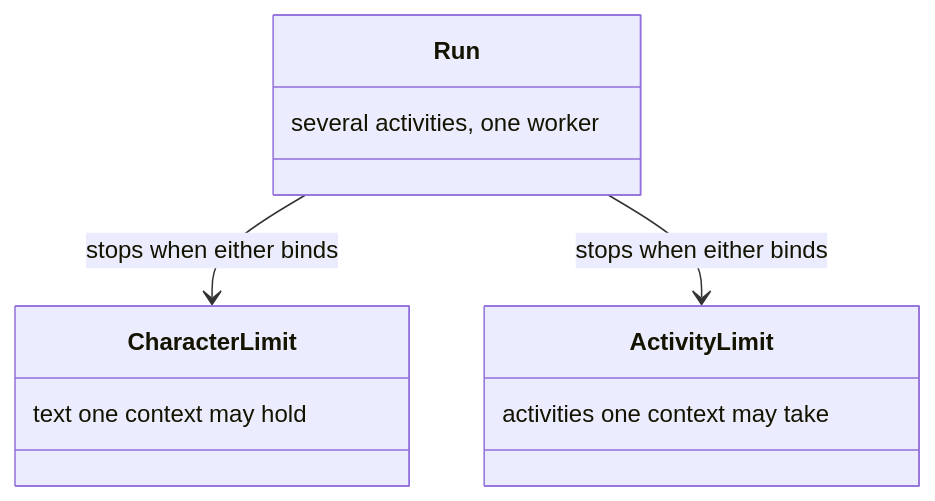
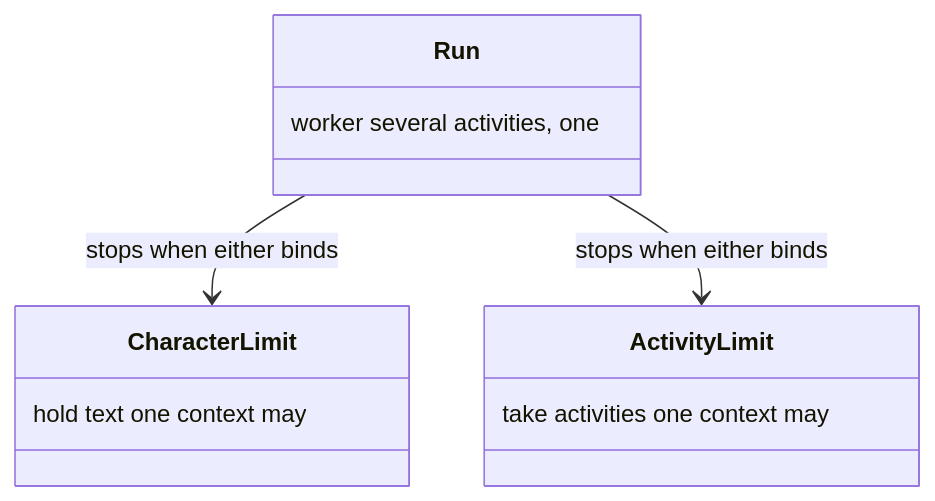
One commit to m2ux/workflow-server changed diagram 16 of 26 in docs/delivery.md. Above: the diagram before and after it, drawn with Mermaid. The commit also changed other lines of this file and 13 other files, not shown here.

````diff
--- a/docs/delivery.md
+++ b/docs/delivery.md
@@ -285,14 +285,14 @@
 ```mermaid
 classDiagram
   class Run {
-    several activities, one worker
+    worker several activities, one
   }
   class CharacterLimit {
-    text one context may hold
+    hold text one context may
   }
   class ActivityLimit {
-    activities one context may take
+    take activities one context may
   }
   Run --> CharacterLimit : stops when either binds
   Run --> ActivityLimit : stops when either binds
 ```
````
